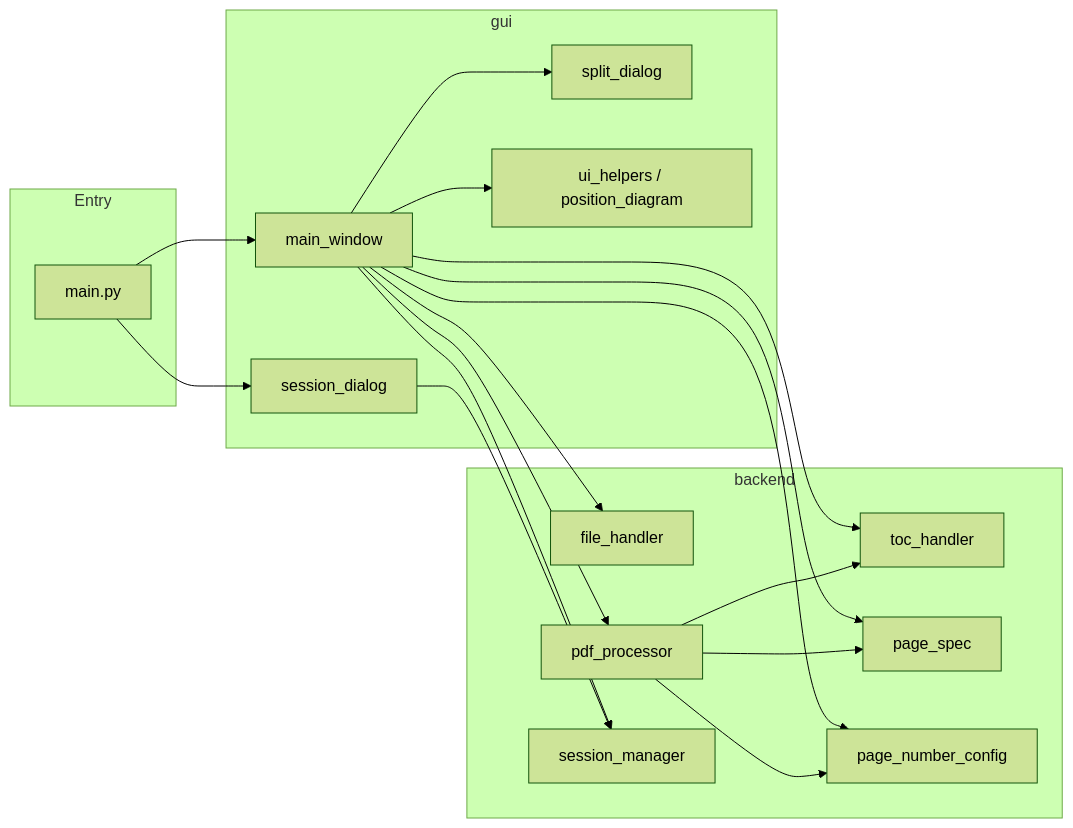
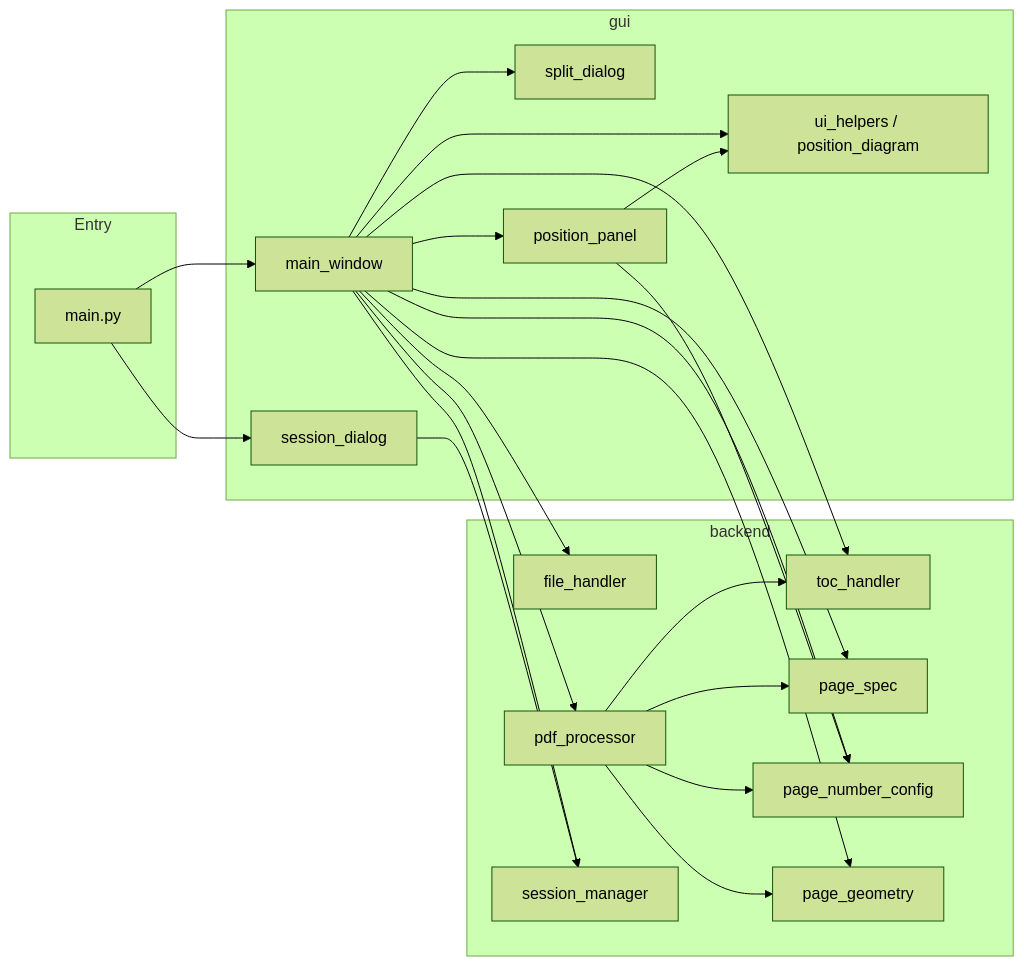
Before and after one commit to BuroHappoldLegacySoup/PageNumberingTool: the second of 2 diagrams in README.md, drawn with Mermaid (forest theme). The commit also changed other lines of this file and 10 other files, not shown here.

````diff
--- a/README.md
+++ b/README.md
@@ -92,34 +93,41 @@
 ```mermaid
 flowchart LR
   subgraph entry [Entry]
     mainPy[main.py]
   end
   subgraph guiLayer [gui]
     dialog[session_dialog]
     window[main_window]
     splitDlg[split_dialog]
+    posPanel[position_panel]
     helpers[ui_helpers / position_diagram]
   end
   subgraph backendLayer [backend]
     files[file_handler]
     pdf[pdf_processor]
     toc[toc_handler]
     pages[page_spec]
     cfg[page_number_config]
+    geom[page_geometry]
     sess[session_manager]
   end
   mainPy --> dialog
   mainPy --> window
   window --> splitDlg
+  window --> posPanel
   window --> helpers
   window --> files
   window --> pdf
   window --> toc
   window --> pages
   window --> cfg
+  window --> geom
   window --> sess
+  posPanel --> cfg
+  posPanel --> helpers
   dialog --> sess
   pdf --> toc
   pdf --> pages
   pdf --> cfg
+  pdf --> geom
 ```
````
